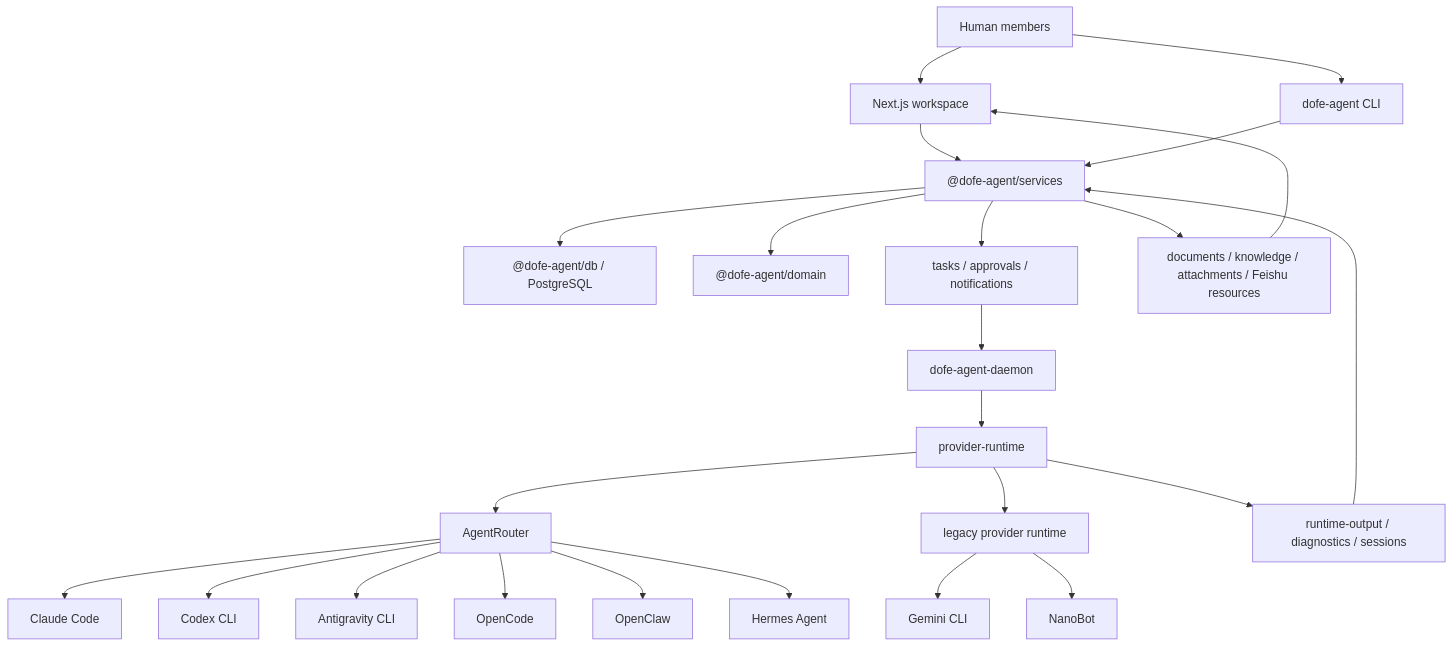
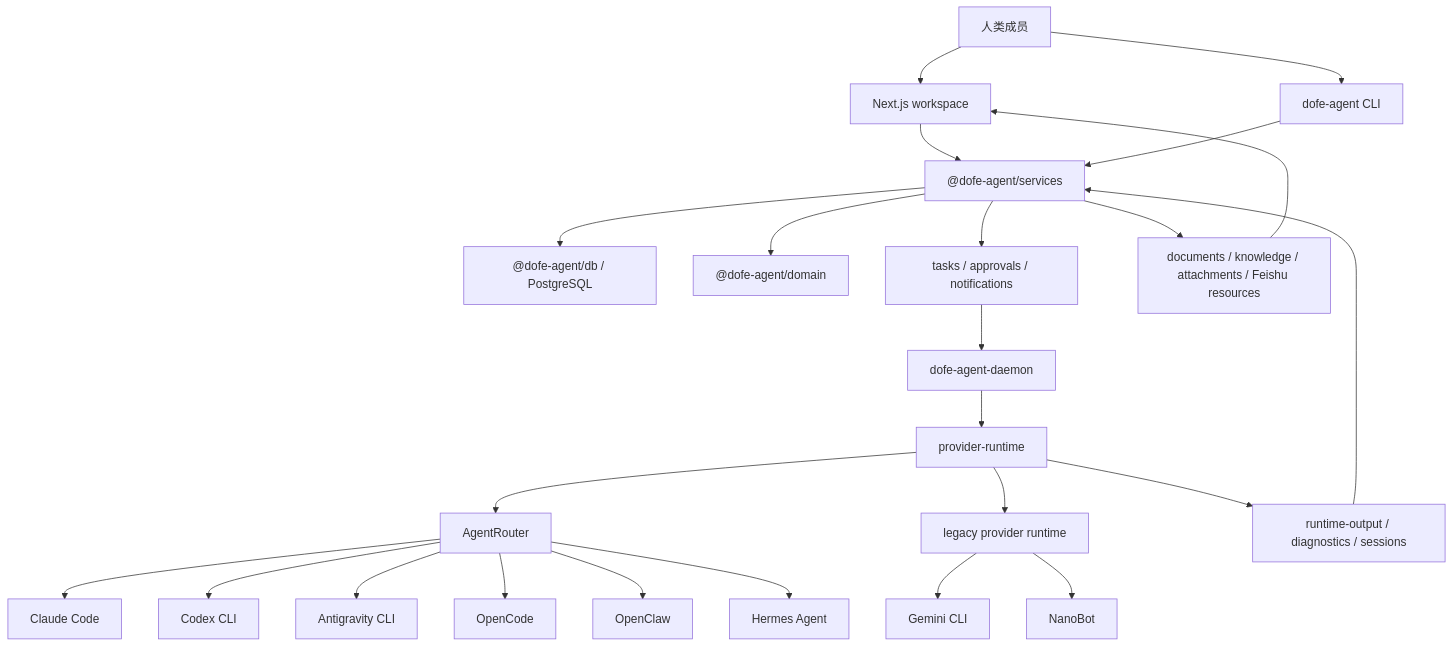
The diagram in README.md (iTechwu/AgentSpace), drawn with Mermaid before and after one commit. The commit also changed other lines of this file and 31 other files, not shown here.

````diff
--- a/README.md
+++ b/README.md
@@ -351,26 +350,26 @@
 ```mermaid
 flowchart TD
-  User["Human members"] --> Web["Next.js workspace"]
+  User["人类成员"] --> Web["Next.js workspace"]
   User --> CLI["dofe-agent CLI"]
   Web --> Services["@dofe-agent/services"]
   CLI --> Services
   Services --> DB["@dofe-agent/db / PostgreSQL"]
   Services --> Domain["@dofe-agent/domain"]
   Services --> Queue["tasks / approvals / notifications"]
   Queue --> Daemon["dofe-agent-daemon"]
   Daemon --> Runtime["provider-runtime"]
   Runtime --> Router["AgentRouter"]
   Runtime --> Legacy["legacy provider runtime"]
   Router --> Claude["Claude Code"]
   Router --> Codex["Codex CLI"]
   Router --> Antigravity["Antigravity CLI"]
   Router --> OpenCode["OpenCode"]
   Router --> OpenClaw["OpenClaw"]
   Router --> Hermes["Hermes Agent"]
   Legacy --> Gemini["Gemini CLI"]
   Legacy --> NanoBot["NanoBot"]
   Runtime --> Output["runtime-output / diagnostics / sessions"]
   Output --> Services
   Services --> Docs["documents / knowledge / attachments / Feishu resources"]
   Docs --> Web
 ```
````
